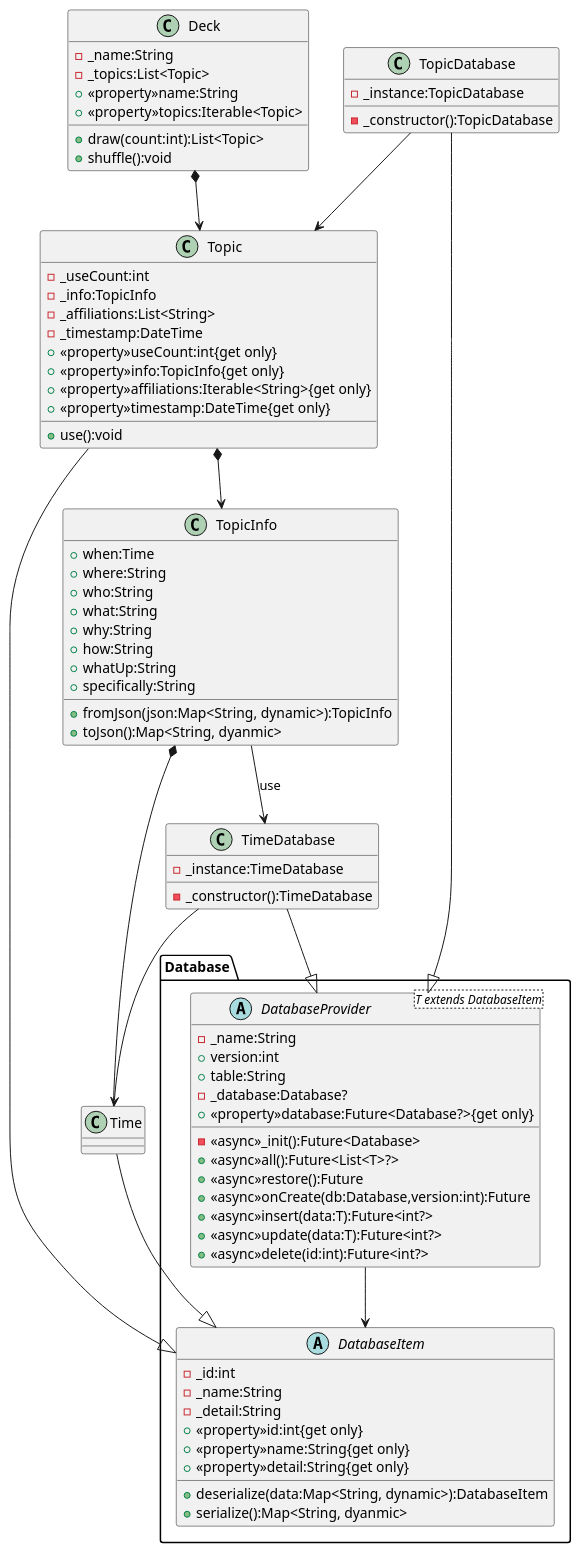
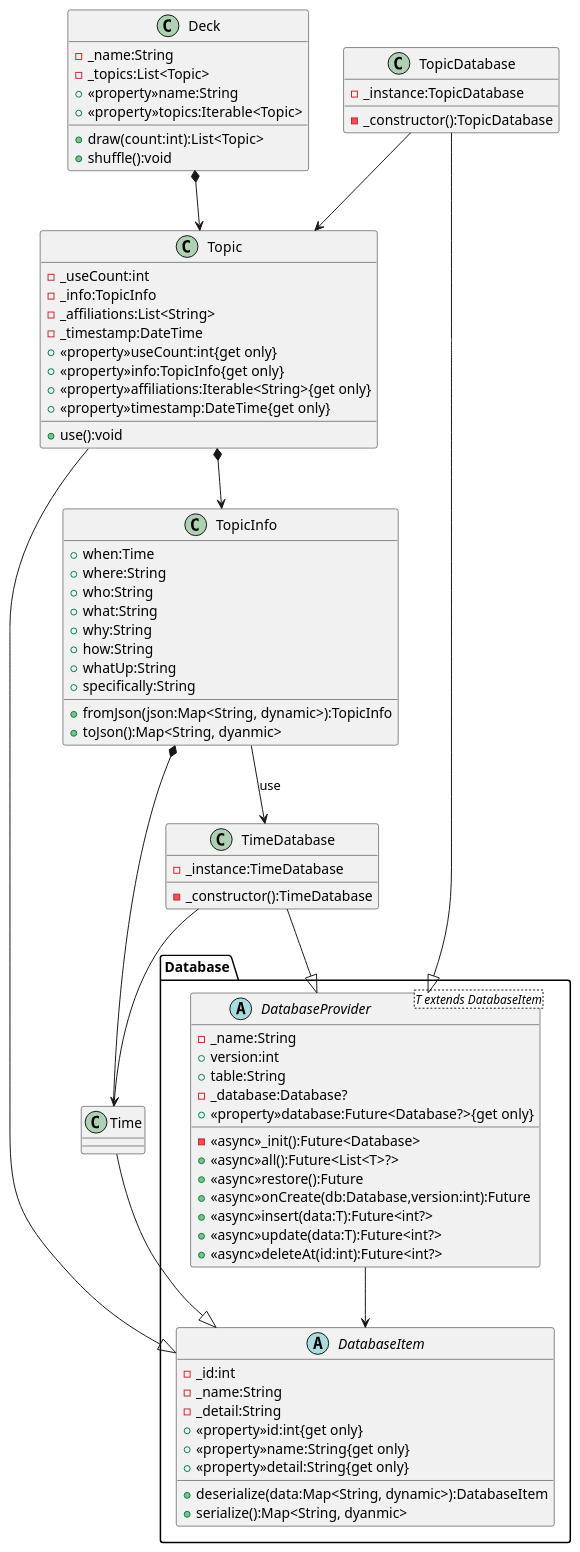
Before and after one commit to nmskm240/conversation_deck: the diagram in classDiagram.pu, drawn with PlantUML. The commit also changed 1 other file, not shown here.

```diff
--- a/classDiagram.pu
+++ b/classDiagram.pu
@@ -1,92 +1,92 @@
 @startuml Conversation deck cards
 package Database
 {
     abstract DatabaseItem
     {
         -_id:int
         -_name:String
         -_detail:String
         +<<property>>id:int{get only}
         +<<property>>name:String{get only}
         +<<property>>detail:String{get only}
         +deserialize(data:Map<String, dynamic>):DatabaseItem
         +serialize():Map<String, dyanmic>
     }
     abstract DatabaseProvider<T extends DatabaseItem>
     {
         -_name:String
         +version:int
         +table:String
         -_database:Database?
         +<<property>>database:Future<Database?>{get only}
         -<<async>>_init():Future<Database>
         +<<async>>all():Future<List<T>?>
         +<<async>>restore():Future
         +<<async>>onCreate(db:Database,version:int):Future
         +<<async>>insert(data:T):Future<int?>
         +<<async>>update(data:T):Future<int?>
-        +<<async>>delete(id:int):Future<int?>
+        +<<async>>deleteAt(id:int):Future<int?>
     }
 }
 class Deck
 {
     -_name:String
     -_topics:List<Topic>
     +<<property>>name:String
     +<<property>>topics:Iterable<Topic>
     +draw(count:int):List<Topic>
     +shuffle():void
 }
 class Topic
 {
     -_useCount:int
     -_info:TopicInfo
     -_affiliations:List<String>
     -_timestamp:DateTime
     +<<property>>useCount:int{get only}
     +<<property>>info:TopicInfo{get only}
     +<<property>>affiliations:Iterable<String>{get only}
     +<<property>>timestamp:DateTime{get only}
     +use():void
 }
 class TopicInfo
 {
     +when:Time
     +where:String
     +who:String
     +what:String
     +why:String
     +how:String
     +whatUp:String
     +specifically:String
     +fromJson(json:Map<String, dynamic>):TopicInfo
     +toJson():Map<String, dyanmic>
 }
 class TopicDatabase
 {
     -_instance:TopicDatabase
     -_constructor():TopicDatabase
 }
 class Time
 class TimeDatabase
 {
     -_instance:TimeDatabase
     -_constructor():TimeDatabase
 }
 
 DatabaseProvider --> DatabaseItem
 TopicDatabase --> Topic
 TimeDatabase --> Time
 TopicInfo --> TimeDatabase : use
 
 TopicDatabase --|> DatabaseProvider
 TimeDatabase --|> DatabaseProvider
 Topic --|> DatabaseItem
 Time --|> DatabaseItem
 
 Topic *--> TopicInfo
 Deck *--> Topic
 
 TopicInfo *-- Time
 
 @enduml
```
